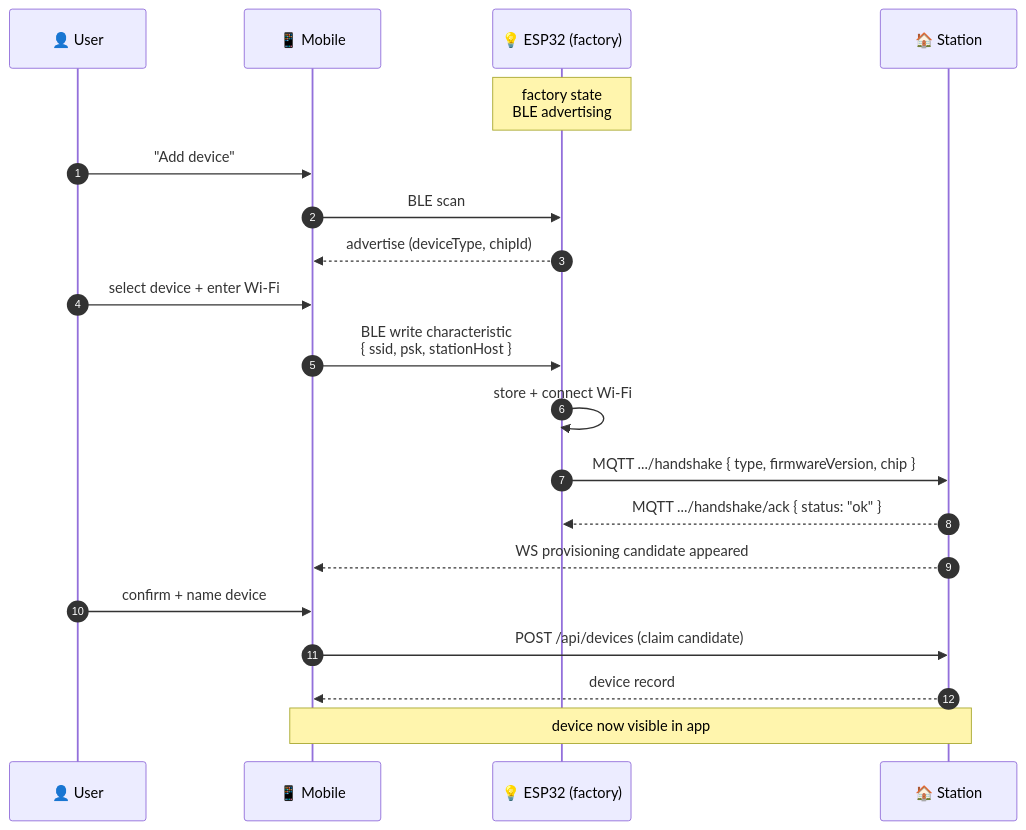
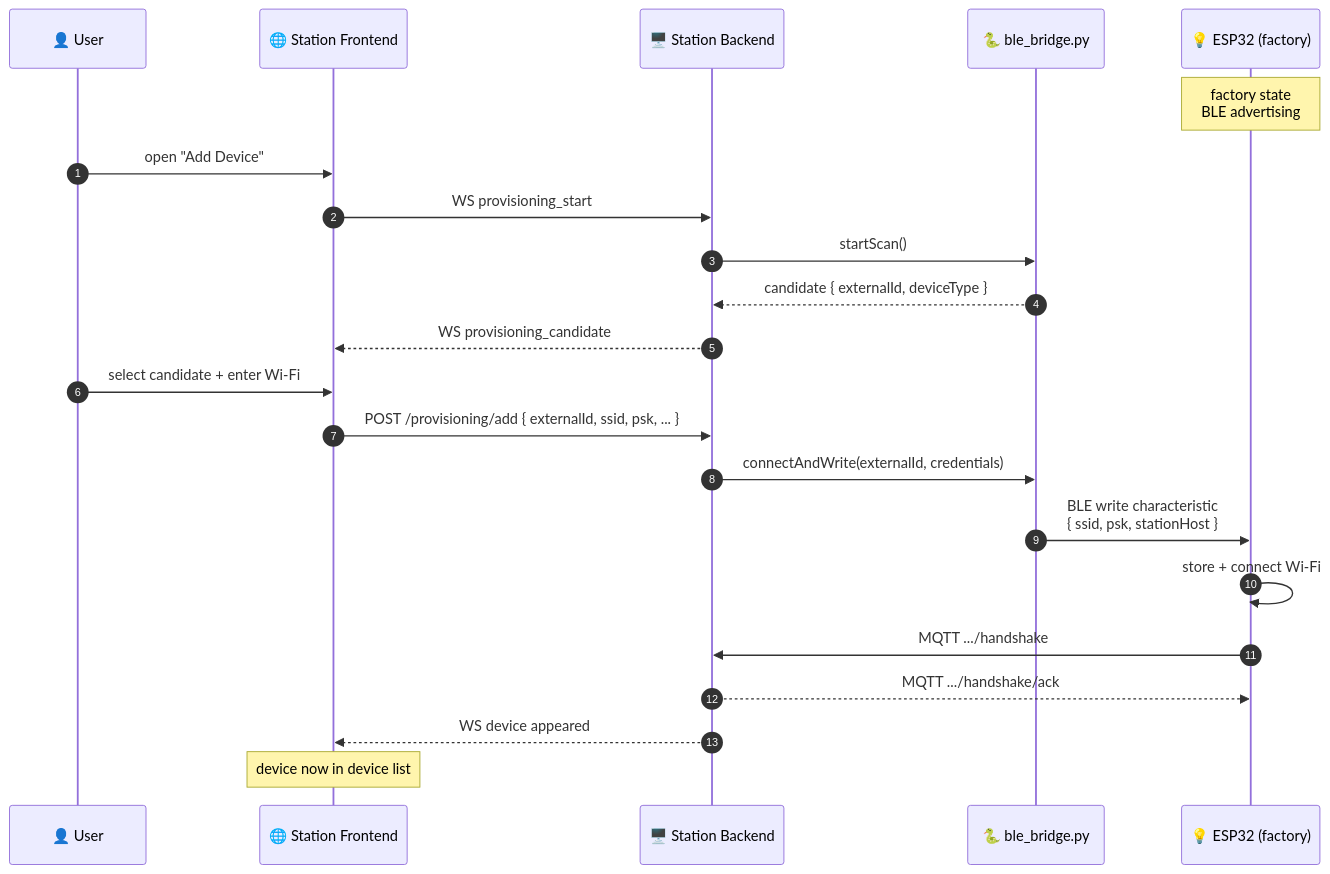
The diagram in docs/mobile/ble-provisioning.md (alphaoflogic-ua/svaroh-docs), drawn with Mermaid before and after one commit. The commit also changed other lines of this file and 1 other file, not shown here.

Commit message:
fix: correct BLE provisioning — RPi backend does BLE, not mobile

````diff
--- a/docs/mobile/ble-provisioning.md
+++ b/docs/mobile/ble-provisioning.md
@@ -12,23 +12,27 @@
 ```mermaid
 sequenceDiagram
     autonumber
     participant U as 👤 User
-    participant M as 📱 Mobile
+    participant F as 🌐 Station Frontend
+    participant B as 🖥️ Station Backend
+    participant PY as 🐍 ble_bridge.py
     participant E as 💡 ESP32 (factory)
-    participant S as 🏠 Station
 
     Note over E: factory state<br/>BLE advertising
-    U->>M: "Add device"
-    M->>E: BLE scan
-    E-->>M: advertise (deviceType, chipId)
-    U->>M: select device + enter Wi-Fi
-    M->>E: BLE write characteristic<br/>{ ssid, psk, stationHost }
+    U->>F: open "Add Device"
+    F->>B: WS provisioning_start
+    B->>PY: startScan()
+    PY-->>B: candidate { externalId, deviceType }
+    B-->>F: WS provisioning_candidate
+
+    U->>F: select candidate + enter Wi-Fi
+    F->>B: POST /provisioning/add { externalId, ssid, psk, ... }
+    B->>PY: connectAndWrite(externalId, credentials)
+    PY->>E: BLE write characteristic<br/>{ ssid, psk, stationHost }
     E->>E: store + connect Wi-Fi
-    E->>S: MQTT .../handshake { type, firmwareVersion, chip }
-    S-->>E: MQTT .../handshake/ack { status: "ok" }
-    S-->>M: WS provisioning candidate appeared
-    U->>M: confirm + name device
-    M->>S: POST /api/devices (claim candidate)
-    S-->>M: device record
-    Note over M,S: device now visible in app
+
+    E->>B: MQTT .../handshake
+    B-->>E: MQTT .../handshake/ack
+    B-->>F: WS device appeared
+    Note over F: device now in device list
 ```
````
